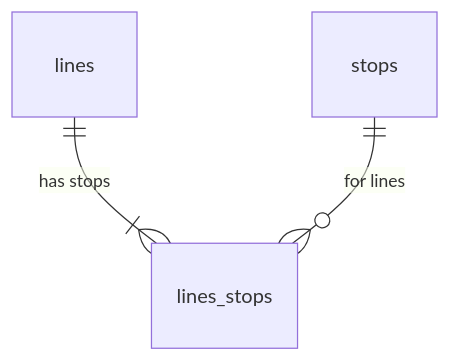
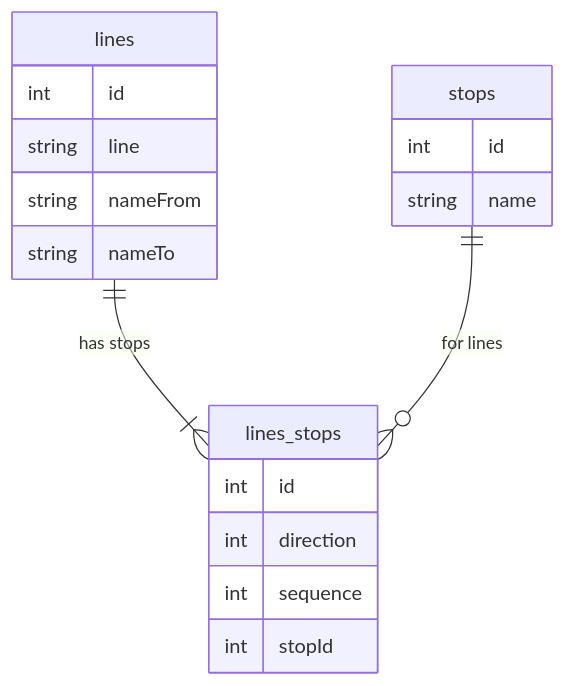
Before and after one commit to openstreetmap-si/bus-routes-osm-lpp: the diagram in README.md, drawn with Mermaid.

Commit message:
Added fields to ER diagram

````diff
--- a/README.md
+++ b/README.md
@@ -11,5 +11,21 @@
 ```mermaid
 erDiagram
           lines ||--|{ lines_stops : "has stops"
+          lines {
+              int id
+              string line
+              string nameFrom
+              string nameTo
+          }
           stops ||--o{ lines_stops : "for lines"
+          stops {
+              int id
+              string name
+          }
+          lines_stops {
+              int id
+              int direction
+              int sequence 
+              int stopId
+          }
 ```
````
